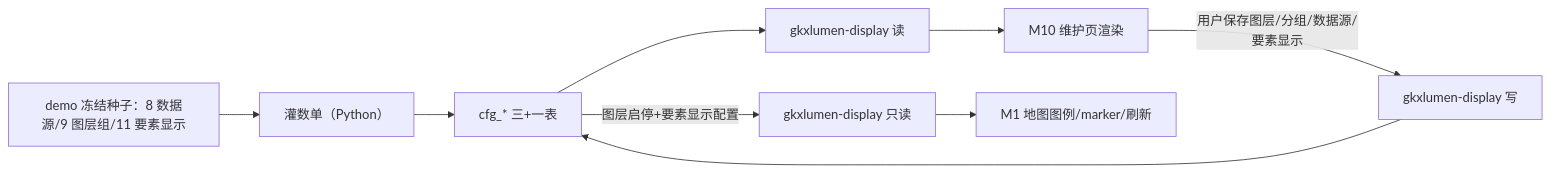
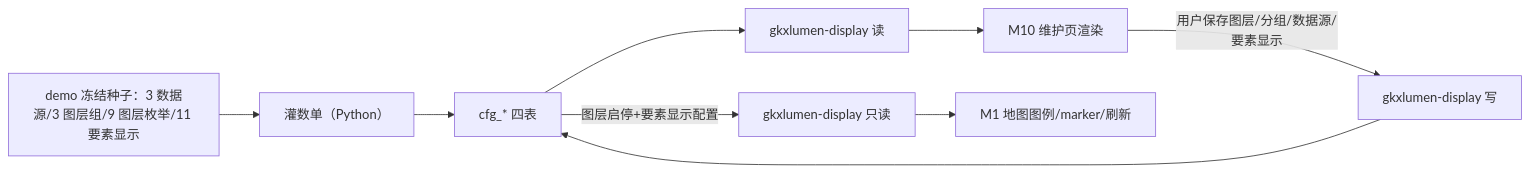
The second of 2 diagrams in agent-delivery/agent-handoffs/科技发展态势-TS/sdd/l2/TS-L2-M10-LAYER-ARCH.md (Marisolebxf/-), drawn with Mermaid before and after one commit. The commit also changed other lines of this file and 8 other files, not shown here.

````diff
--- a/agent-delivery/agent-handoffs/科技发展态势-TS/sdd/l2/TS-L2-M10-LAYER-ARCH.md
+++ b/agent-delivery/agent-handoffs/科技发展态势-TS/sdd/l2/TS-L2-M10-LAYER-ARCH.md
@@ -89,7 +89,7 @@
 ```mermaid
 flowchart LR
-  seed["demo 冻结种子：8 数据源/9 图层组/11 要素显示"] --> pyw["灌数单（Python）"] --> tables["cfg_* 三+一表"]
+  seed["demo 冻结种子：3 数据源/3 图层组/9 图层枚举/11 要素显示"] --> pyw["灌数单（Python）"] --> tables["cfg_* 四表"]
   tables --> jread["gkxlumen-display 读"] --> fe["M10 维护页渲染"]
   fe -->|"用户保存图层/分组/数据源/要素显示"| jwrite["gkxlumen-display 写"] --> tables
   tables -->|"图层启停+要素显示配置"| m1read["gkxlumen-display 只读"] --> m1["M1 地图图例/marker/刷新"]
 ```
````
